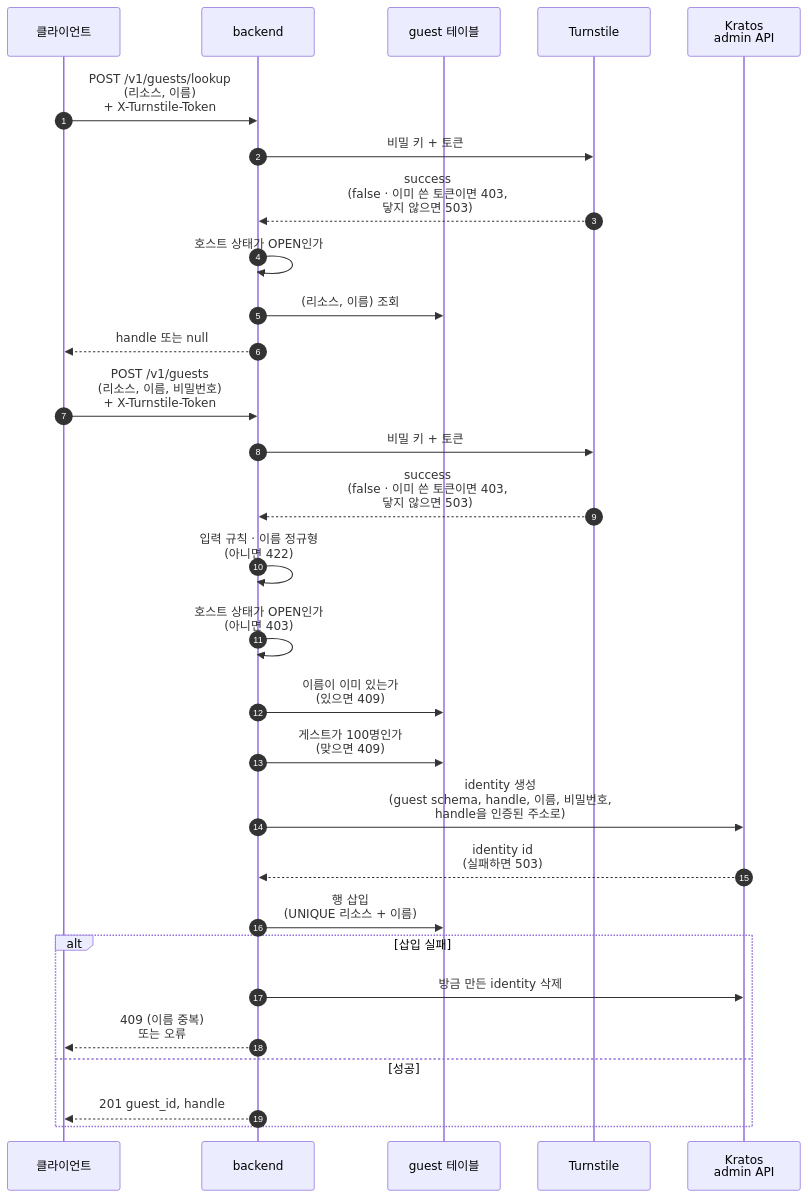
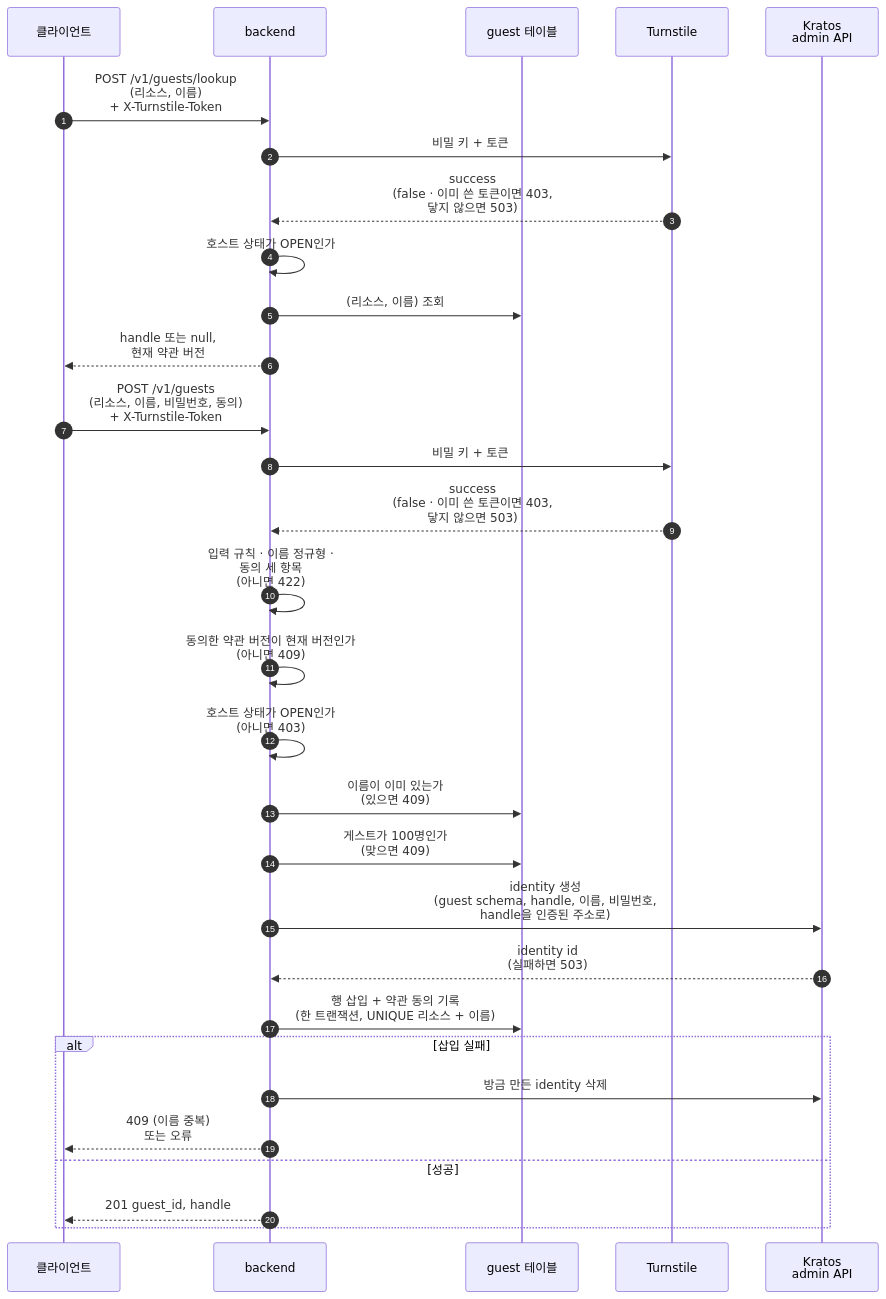
The second of 10 diagrams in docs/guides/guest.ko.md (onprem-hipster-timer/backend), drawn with Mermaid before and after one commit. The commit also changed other lines of this file and 4 other files, not shown here.

````diff
--- a/docs/guides/guest.ko.md
+++ b/docs/guides/guest.ko.md
@@ -125,33 +131,34 @@
 ```mermaid
 sequenceDiagram
     autonumber
     participant C as 클라이언트
     participant B as backend
     participant D as guest 테이블
     participant T as Turnstile
     participant K as Kratos<br/>admin API
 
     C->>B: POST /v1/guests/lookup<br/>(리소스, 이름)<br/>+ X-Turnstile-Token
     B->>T: 비밀 키 + 토큰
     T-->>B: success<br/>(false · 이미 쓴 토큰이면 403,<br/>닿지 않으면 503)
     B->>B: 호스트 상태가 OPEN인가
     B->>D: (리소스, 이름) 조회
-    B-->>C: handle 또는 null
+    B-->>C: handle 또는 null,<br/>현재 약관 버전
 
-    C->>B: POST /v1/guests<br/>(리소스, 이름, 비밀번호)<br/>+ X-Turnstile-Token
+    C->>B: POST /v1/guests<br/>(리소스, 이름, 비밀번호, 동의)<br/>+ X-Turnstile-Token
     B->>T: 비밀 키 + 토큰
     T-->>B: success<br/>(false · 이미 쓴 토큰이면 403,<br/>닿지 않으면 503)
-    B->>B: 입력 규칙 · 이름 정규형<br/>(아니면 422)
+    B->>B: 입력 규칙 · 이름 정규형 ·<br/>동의 세 항목<br/>(아니면 422)
+    B->>B: 동의한 약관 버전이 현재 버전인가<br/>(아니면 409)
     B->>B: 호스트 상태가 OPEN인가<br/>(아니면 403)
     B->>D: 이름이 이미 있는가<br/>(있으면 409)
     B->>D: 게스트가 100명인가<br/>(맞으면 409)
     B->>K: identity 생성<br/>(guest schema, handle, 이름, 비밀번호,<br/>handle을 인증된 주소로)
     K-->>B: identity id<br/>(실패하면 503)
-    B->>D: 행 삽입<br/>(UNIQUE 리소스 + 이름)
+    B->>D: 행 삽입 + 약관 동의 기록<br/>(한 트랜잭션, UNIQUE 리소스 + 이름)
     alt 삽입 실패
         B->>K: 방금 만든 identity 삭제
         B-->>C: 409 (이름 중복)<br/>또는 오류
     else 성공
         B-->>C: 201 guest_id, handle
     end
 ```
````
